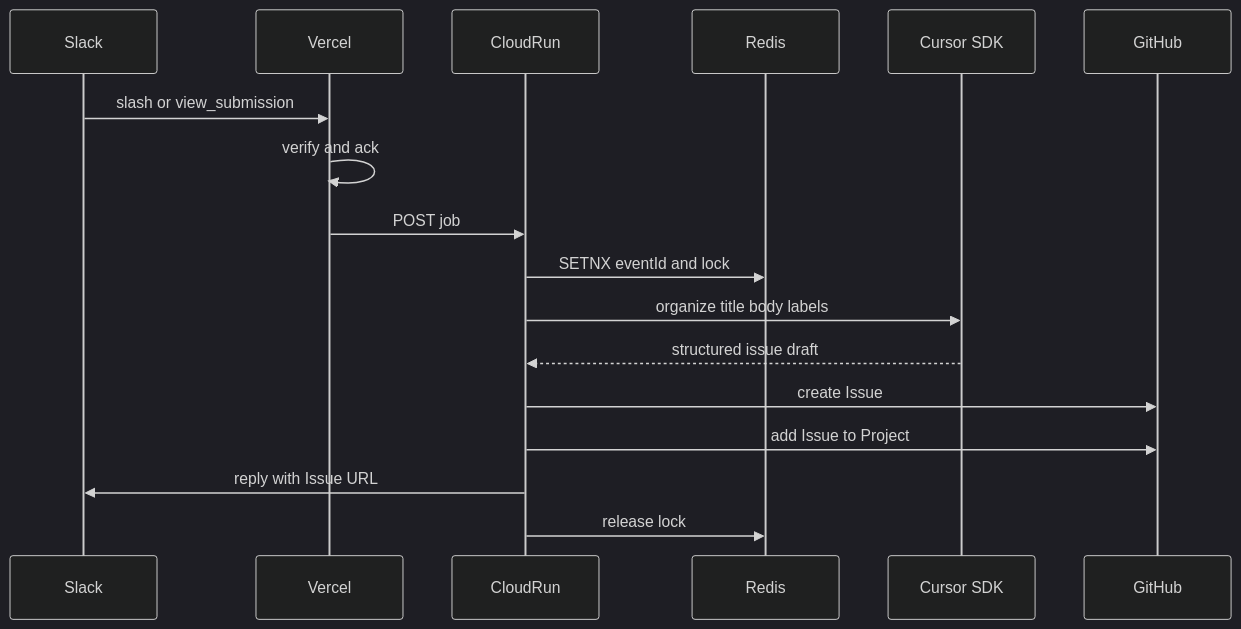
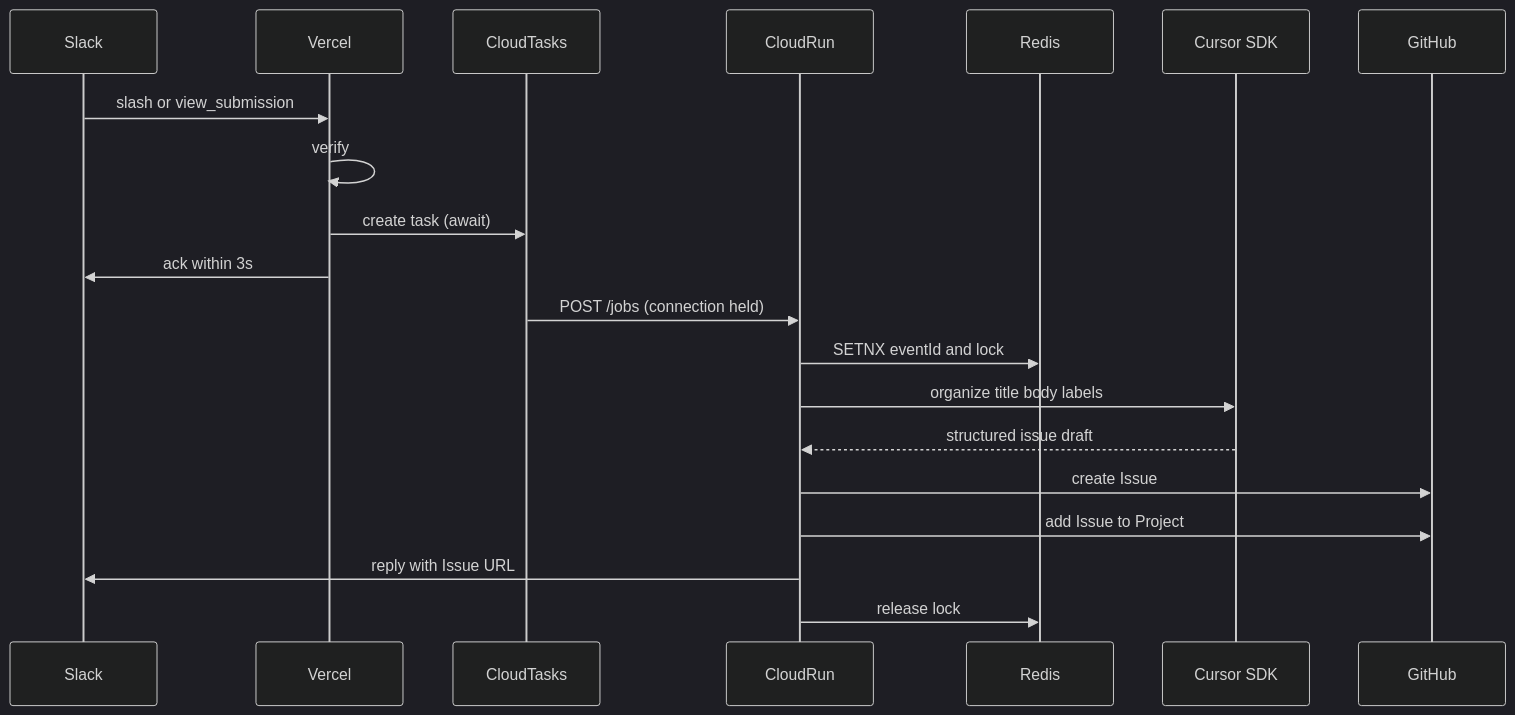
The third of 5 diagrams in docs/architecture.md (tentaShiratori/slack-ai-agent), drawn with Mermaid (dark theme) before and after one commit. The commit also changed other lines of this file and 23 other files, not shown here.

First line of the commit message:
feat: Vercel から Cloud Run へは Cloud Tasks 経由で配送する

````diff
--- a/docs/architecture.md
+++ b/docs/architecture.md
@@ -97,20 +108,23 @@
 ```mermaid
 sequenceDiagram
   participant Slack
   participant Vercel
+  participant Tasks as CloudTasks
   participant Run as CloudRun
   participant Redis
   participant Cursor as Cursor SDK
   participant GH as GitHub
 
   Slack->>Vercel: slash or view_submission
-  Vercel->>Vercel: verify and ack
-  Vercel->>Run: POST job
+  Vercel->>Vercel: verify
+  Vercel->>Tasks: create task (await)
+  Vercel->>Slack: ack within 3s
+  Tasks->>Run: POST /jobs (connection held)
   Run->>Redis: SETNX eventId and lock
   Run->>Cursor: organize title body labels
   Cursor-->>Run: structured issue draft
   Run->>GH: create Issue
   Run->>GH: add Issue to Project
   Run->>Slack: reply with Issue URL
   Run->>Redis: release lock
 ```
````
